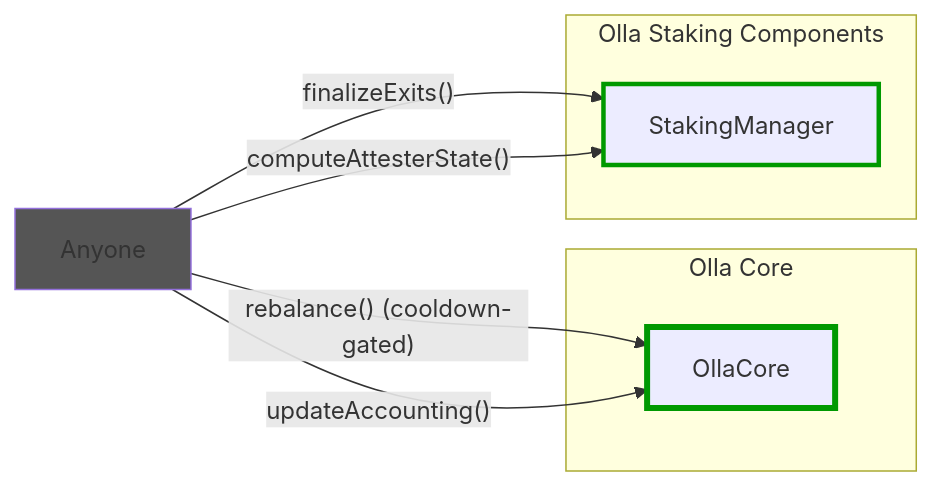
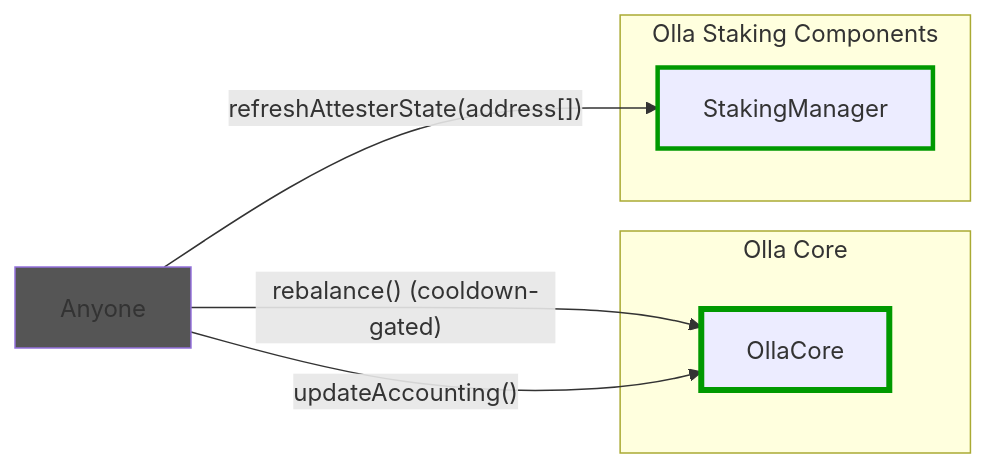
One commit to ollafinance/core changed the fourth of 7 diagrams in docs/overview.md. Above: the diagram before and after it, drawn with Mermaid. The commit also changed other lines of this file and 42 other files, not shown here.

````diff
--- a/docs/overview.md
+++ b/docs/overview.md
@@ -300,21 +291,20 @@
 ```mermaid
 flowchart LR
 
 anyoneWallet[Anyone]
 
 subgraph "Olla Core"
     core[OllaCore]
 end
 subgraph "Olla Staking Components"
     stkMan[StakingManager]
 end
 
 anyoneWallet -->|"rebalance() (cooldown-gated)"| core
 anyoneWallet -->|"updateAccounting()"| core
-anyoneWallet -->|"finalizeExits()"| stkMan
-anyoneWallet -->|"computeAttesterState()"| stkMan
+anyoneWallet -->|"refreshAttesterState(address[])"| stkMan
 
 style anyoneWallet fill:#555
 style core stroke:#090,stroke-width:4px
 style stkMan stroke:#090,stroke-width:3px
 ```
````
